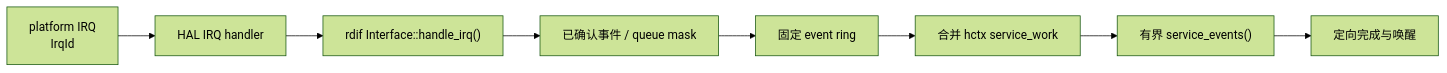
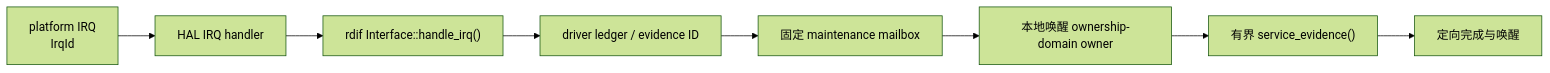
One commit to rcore-os/tgoskits changed the second of 2 diagrams in docs/docs/architecture/driver/irq.md. Above: the diagram before and after it, drawn with Mermaid (forest theme). The commit also changed other lines of this file and 231 other files, not shown here.

````diff
--- a/docs/docs/architecture/driver/irq.md
+++ b/docs/docs/architecture/driver/irq.md
@@ -143,10 +143,10 @@
 ```mermaid
 flowchart LR
     Irq["platform IRQ<br/>IrqId"] --> Handler["HAL IRQ handler"]
     Handler --> Rdif["rdif Interface::handle_irq()"]
-    Rdif --> Event["已确认事件 / queue mask"]
-    Event --> Ring["固定 event ring"]
-    Ring --> Work["合并 hctx service_work"]
-    Work --> Service["有界 service_events()"]
+    Rdif --> Event["driver ledger / evidence ID"]
+    Event --> Ring["固定 maintenance mailbox"]
+    Ring --> Work["本地唤醒 ownership-domain owner"]
+    Work --> Service["有界 service_evidence()"]
     Service --> Wake["定向完成与唤醒"]
 ```
````
